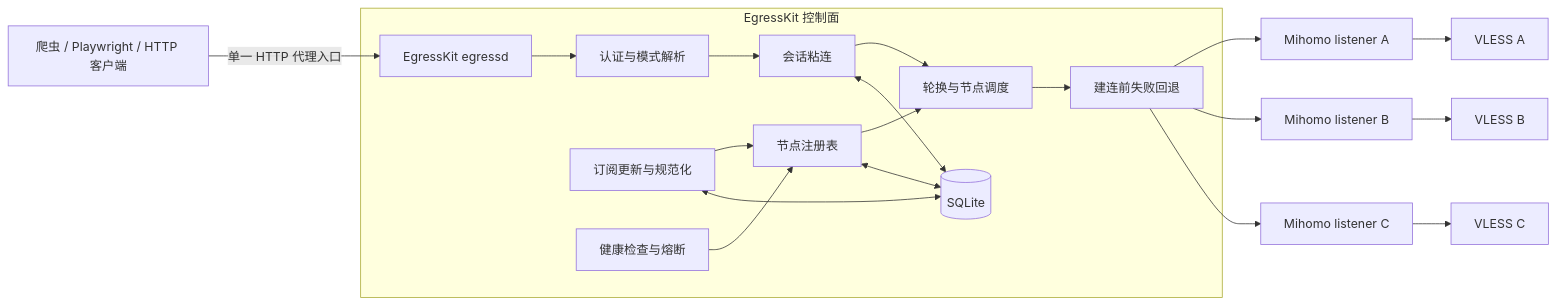
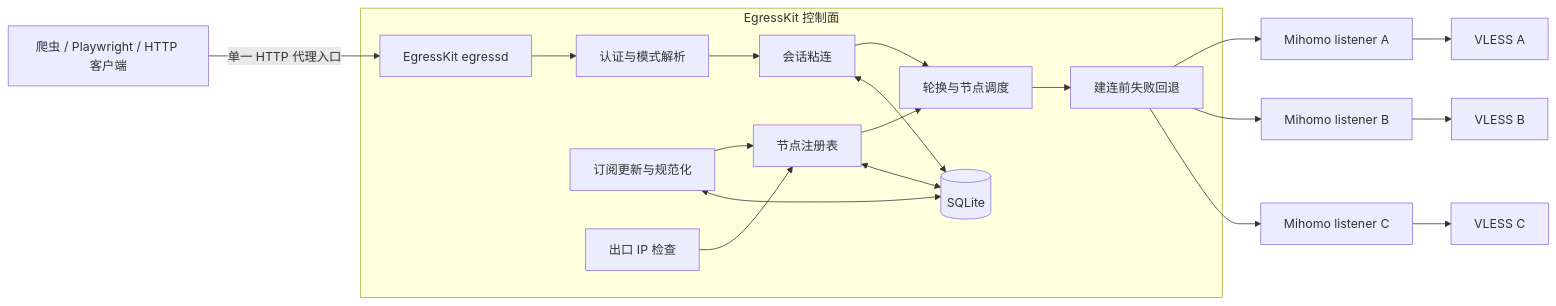
The diagram in PRODUCT.md (heyjunpenn/EgressKit), drawn with Mermaid before and after one commit. The commit also changed other lines of this file and 21 other files, not shown here.

````diff
--- a/PRODUCT.md
+++ b/PRODUCT.md
@@ -20,25 +20,25 @@
 ```mermaid
 flowchart LR
     client["爬虫 / Playwright / HTTP 客户端"] -->|"单一 HTTP 代理入口"| gateway["EgressKit egressd"]
 
     subgraph control["EgressKit 控制面"]
         gateway --> auth["认证与模式解析"]
         auth --> affinity["会话粘连"]
         affinity --> scheduler["轮换与节点调度"]
         scheduler --> failover["建连前失败回退"]
         subscriptions["订阅更新与规范化"] --> registry["节点注册表"]
-        health["健康检查与熔断"] --> registry
+        health["出口 IP 检查"] --> registry
         registry --> scheduler
         sqlite[("SQLite")]
         subscriptions <--> sqlite
         affinity <--> sqlite
         registry <--> sqlite
     end
 
     failover --> listener_a["Mihomo listener A"]
     failover --> listener_b["Mihomo listener B"]
     failover --> listener_c["Mihomo listener C"]
     listener_a --> node_a["VLESS A"]
     listener_b --> node_b["VLESS B"]
     listener_c --> node_c["VLESS C"]
 ```
````
